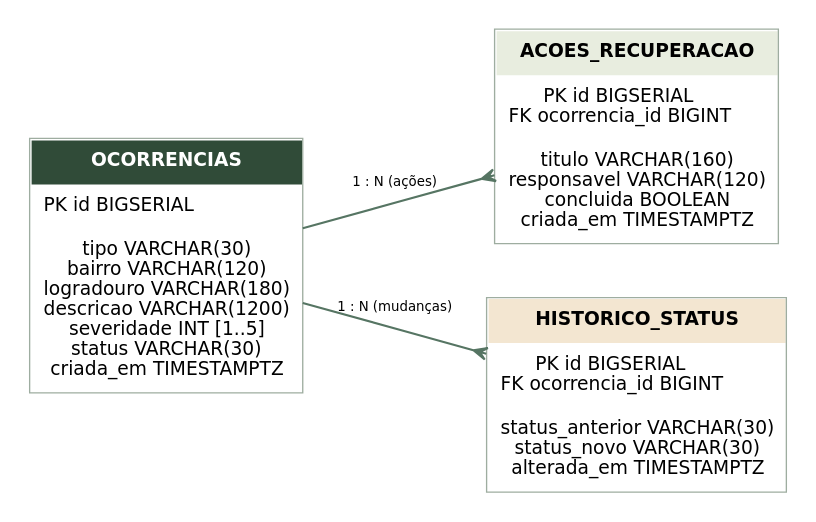
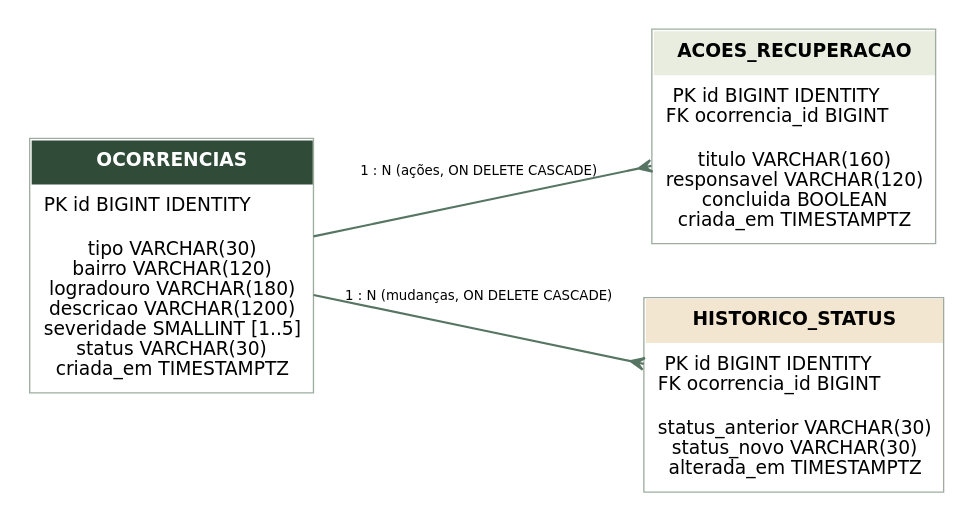
The diagram in docs/diagrams/der.dot (pitado/planoB), drawn with Graphviz before and after one commit. The commit also changed 5 other files, not shown here.

```diff
--- a/docs/diagrams/der.dot
+++ b/docs/diagrams/der.dot
@@ -1,10 +1,10 @@
 digraph der {
   graph [rankdir=LR, bgcolor="white", pad="0.2", nodesep="0.55", ranksep="0.75", fontname="DejaVu Sans"];
   node [shape=plain, fontname="DejaVu Sans"];
   edge [fontname="DejaVu Sans", fontsize=10, color="#567563", penwidth=1.6];
-  ocorrencias [label=< <TABLE BORDER="1" CELLBORDER="0" CELLSPACING="0" CELLPADDING="9" COLOR="#9eada0"><TR><TD BGCOLOR="#304b38"><FONT COLOR="white"><B>OCORRENCIAS</B></FONT></TD></TR><TR><TD ALIGN="LEFT">PK id BIGSERIAL</TD></TR><TR><TD ALIGN="LEFT">tipo VARCHAR(30)<BR/>bairro VARCHAR(120)<BR/>logradouro VARCHAR(180)<BR/>descricao VARCHAR(1200)<BR/>severidade INT [1..5]<BR/>status VARCHAR(30)<BR/>criada_em TIMESTAMPTZ</TD></TR></TABLE> >];
-  acoes [label=< <TABLE BORDER="1" CELLBORDER="0" CELLSPACING="0" CELLPADDING="9" COLOR="#9eada0"><TR><TD BGCOLOR="#e8eddf"><B>ACOES_RECUPERACAO</B></TD></TR><TR><TD ALIGN="LEFT">PK id BIGSERIAL<BR/>FK ocorrencia_id BIGINT</TD></TR><TR><TD ALIGN="LEFT">titulo VARCHAR(160)<BR/>responsavel VARCHAR(120)<BR/>concluida BOOLEAN<BR/>criada_em TIMESTAMPTZ</TD></TR></TABLE> >];
-  historico [label=< <TABLE BORDER="1" CELLBORDER="0" CELLSPACING="0" CELLPADDING="9" COLOR="#9eada0"><TR><TD BGCOLOR="#f3e6d1"><B>HISTORICO_STATUS</B></TD></TR><TR><TD ALIGN="LEFT">PK id BIGSERIAL<BR/>FK ocorrencia_id BIGINT</TD></TR><TR><TD ALIGN="LEFT">status_anterior VARCHAR(30)<BR/>status_novo VARCHAR(30)<BR/>alterada_em TIMESTAMPTZ</TD></TR></TABLE> >];
-  ocorrencias -> acoes [label="1 : N (ações)", arrowhead=crow];
-  ocorrencias -> historico [label="1 : N (mudanças)", arrowhead=crow];
+  ocorrencias [label=< <TABLE BORDER="1" CELLBORDER="0" CELLSPACING="0" CELLPADDING="9" COLOR="#9eada0"><TR><TD BGCOLOR="#304b38"><FONT COLOR="white"><B>OCORRENCIAS</B></FONT></TD></TR><TR><TD ALIGN="LEFT">PK id BIGINT IDENTITY</TD></TR><TR><TD ALIGN="LEFT">tipo VARCHAR(30)<BR/>bairro VARCHAR(120)<BR/>logradouro VARCHAR(180)<BR/>descricao VARCHAR(1200)<BR/>severidade SMALLINT [1..5]<BR/>status VARCHAR(30)<BR/>criada_em TIMESTAMPTZ</TD></TR></TABLE> >];
+  acoes [label=< <TABLE BORDER="1" CELLBORDER="0" CELLSPACING="0" CELLPADDING="9" COLOR="#9eada0"><TR><TD BGCOLOR="#e8eddf"><B>ACOES_RECUPERACAO</B></TD></TR><TR><TD ALIGN="LEFT">PK id BIGINT IDENTITY<BR/>FK ocorrencia_id BIGINT</TD></TR><TR><TD ALIGN="LEFT">titulo VARCHAR(160)<BR/>responsavel VARCHAR(120)<BR/>concluida BOOLEAN<BR/>criada_em TIMESTAMPTZ</TD></TR></TABLE> >];
+  historico [label=< <TABLE BORDER="1" CELLBORDER="0" CELLSPACING="0" CELLPADDING="9" COLOR="#9eada0"><TR><TD BGCOLOR="#f3e6d1"><B>HISTORICO_STATUS</B></TD></TR><TR><TD ALIGN="LEFT">PK id BIGINT IDENTITY<BR/>FK ocorrencia_id BIGINT</TD></TR><TR><TD ALIGN="LEFT">status_anterior VARCHAR(30)<BR/>status_novo VARCHAR(30)<BR/>alterada_em TIMESTAMPTZ</TD></TR></TABLE> >];
+  ocorrencias -> acoes [label="1 : N (ações, ON DELETE CASCADE)", arrowhead=crow];
+  ocorrencias -> historico [label="1 : N (mudanças, ON DELETE CASCADE)", arrowhead=crow];
 }
```
